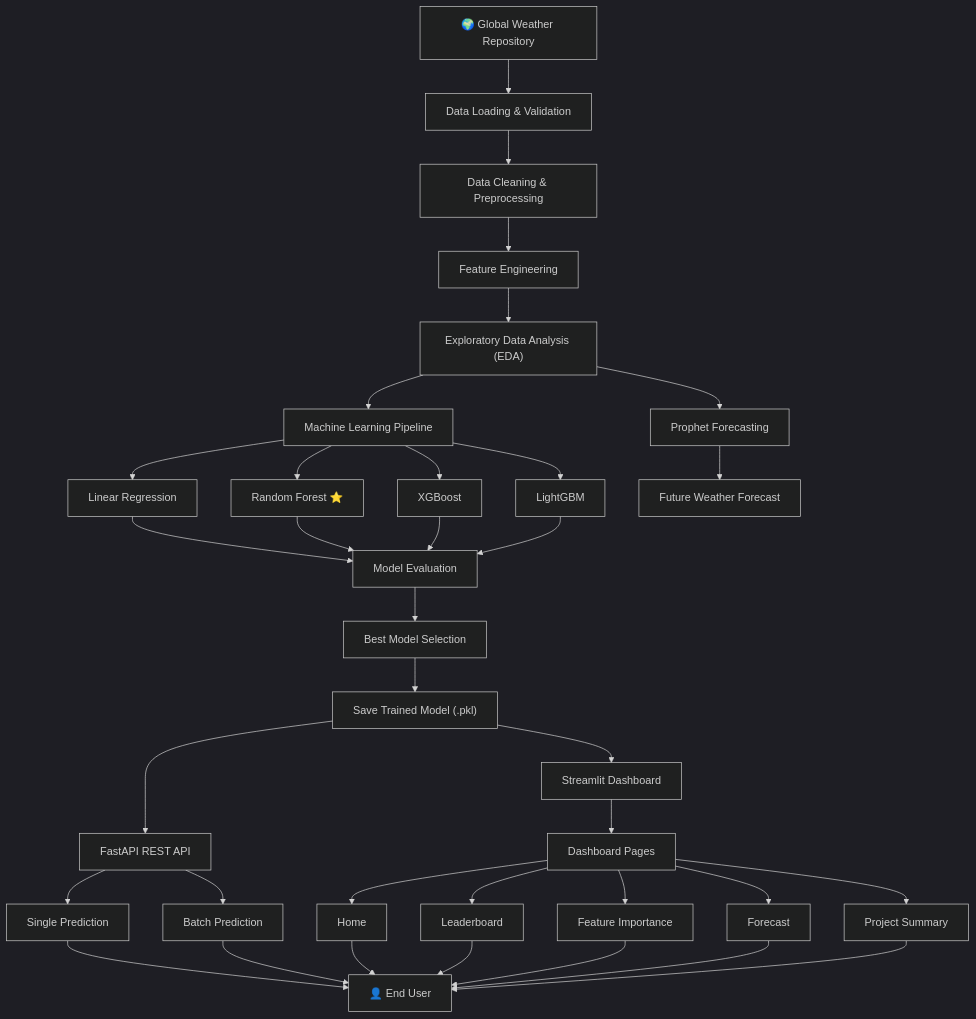
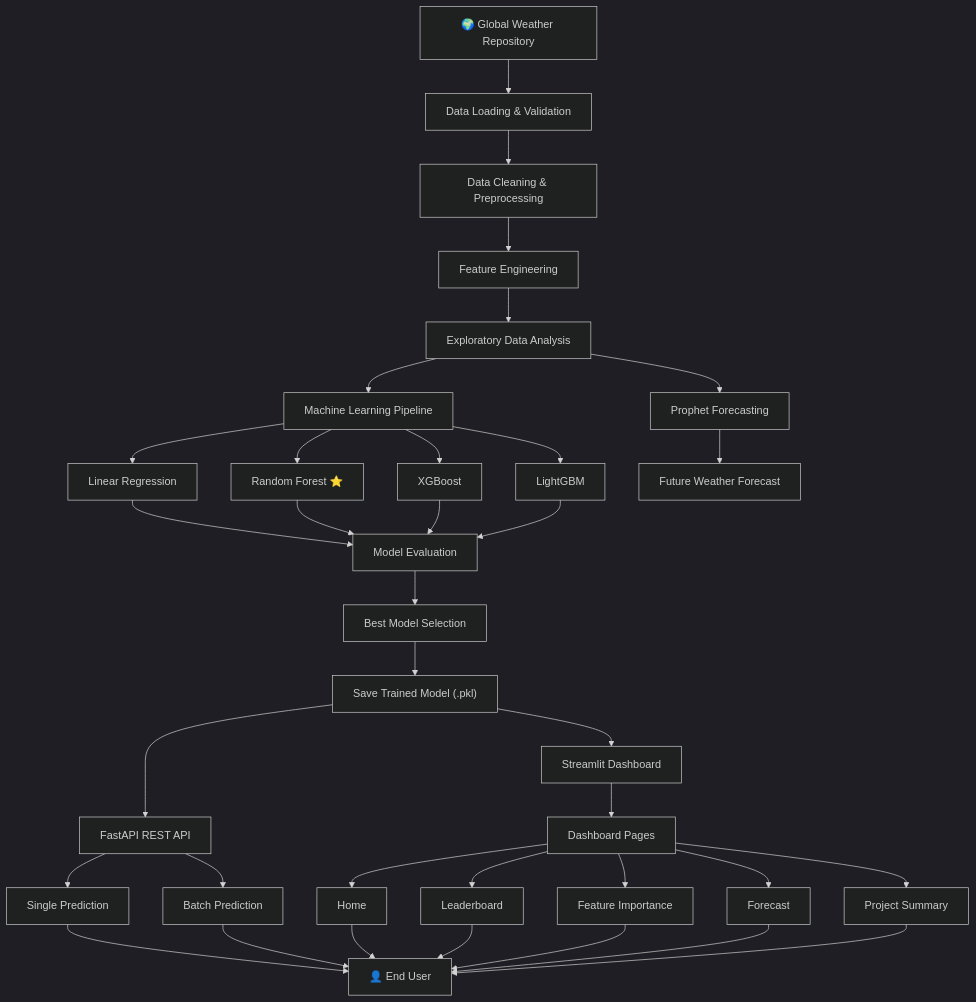
Before and after one commit to ns-niam/WeatherTrendAI: the diagram in README.md, drawn with Mermaid (dark theme). The commit also changed other lines of this file, not shown here.

````diff
--- a/README.md
+++ b/README.md
@@ -88,50 +120,50 @@
 ```mermaid
 flowchart TD
 
     A["🌍 Global Weather Repository"]
 
-    A --> B[" Data Loading & Validation"]
-    B --> C[" Data Cleaning & Preprocessing"]
-    C --> D[" Feature Engineering"]
-    D --> E[" Exploratory Data Analysis (EDA)"]
+    A --> B["Data Loading & Validation"]
+    B --> C["Data Cleaning & Preprocessing"]
+    C --> D["Feature Engineering"]
+    D --> E["Exploratory Data Analysis"]
 
-    E --> F[" Machine Learning Pipeline"]
+    E --> F["Machine Learning Pipeline"]
 
     F --> G["Linear Regression"]
     F --> H["Random Forest ⭐"]
     F --> I["XGBoost"]
     F --> J["LightGBM"]
 
-    G --> K[" Model Evaluation"]
+    G --> K["Model Evaluation"]
     H --> K
     I --> K
     J --> K
 
-    E --> L[" Prophet Forecasting"]
+    E --> L["Prophet Forecasting"]
     L --> M["Future Weather Forecast"]
 
-    K --> N[" Best Model Selection"]
-    N --> O[" Save Trained Model (.pkl)"]
+    K --> N["Best Model Selection"]
+    N --> O["Save Trained Model (.pkl)"]
 
-    O --> P[" FastAPI REST API"]
-    O --> Q[" Streamlit Dashboard"]
+    O --> P["FastAPI REST API"]
+    O --> Q["Streamlit Dashboard"]
 
     P --> R["Single Prediction"]
     P --> S["Batch Prediction"]
 
     Q --> T["Dashboard Pages"]
 
     T --> U["Home"]
     T --> V["Leaderboard"]
     T --> W["Feature Importance"]
     T --> X["Forecast"]
     T --> Y["Project Summary"]
 
     R --> Z["👤 End User"]
     S --> Z
     U --> Z
     V --> Z
     W --> Z
     X --> Z
     Y --> Z
 ```
````
